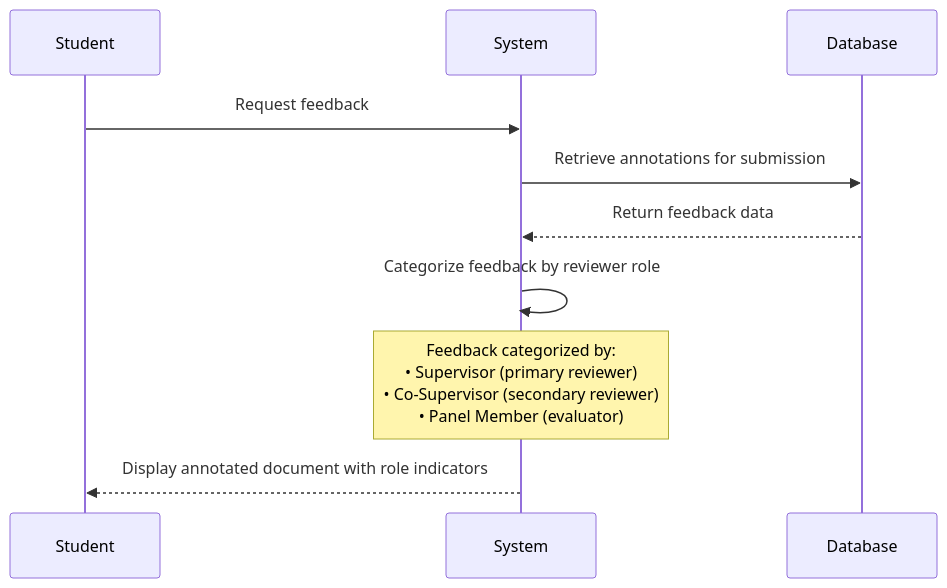
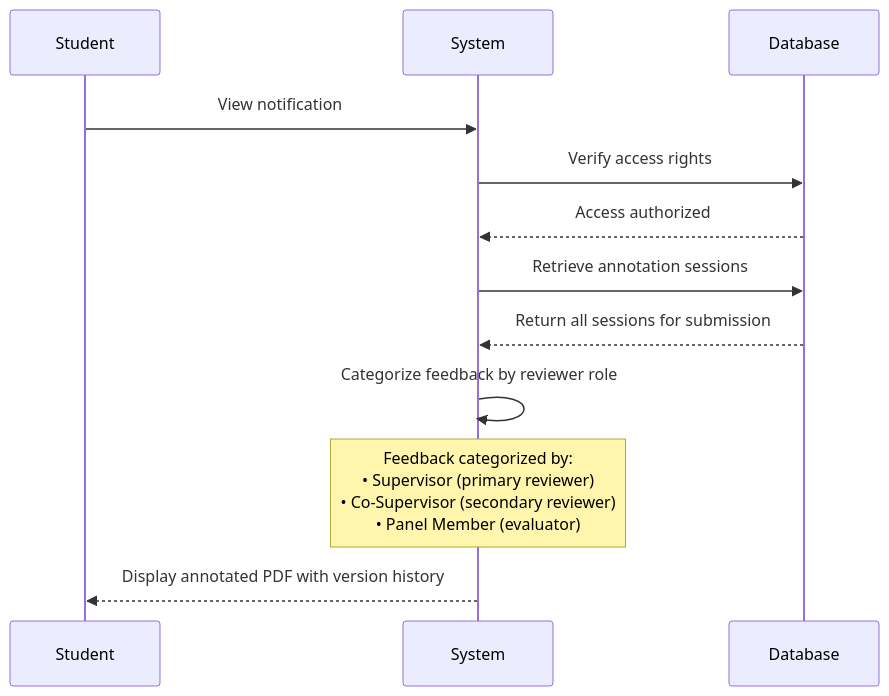
One commit to abdullah2323442/thesisrepo-backup changed the fourth of 40 diagrams in sequence-academic.md. Above: the diagram before and after it, drawn with Mermaid. The commit also changed other lines of this file, not shown here.

Commit message:
update sequence academic md

````diff
--- a/sequence-academic.md
+++ b/sequence-academic.md
@@ -96,15 +96,18 @@
 ```mermaid
 sequenceDiagram
     participant Student
     participant System
     participant Database
 
-    Student->>System: Request feedback
-    System->>Database: Retrieve annotations for submission
-    Database-->>System: Return feedback data
+    Student->>System: View notification
+    System->>Database: Verify access rights
+    Database-->>System: Access authorized
+    
+    System->>Database: Retrieve annotation sessions
+    Database-->>System: Return all sessions for submission
     
     System->>System: Categorize feedback by reviewer role
     Note over System: Feedback categorized by:<br/>• Supervisor (primary reviewer)<br/>• Co-Supervisor (secondary reviewer)<br/>• Panel Member (evaluator)
     
-    System-->>Student: Display annotated document with role indicators
+    System-->>Student: Display annotated PDF with version history
 ```
````
